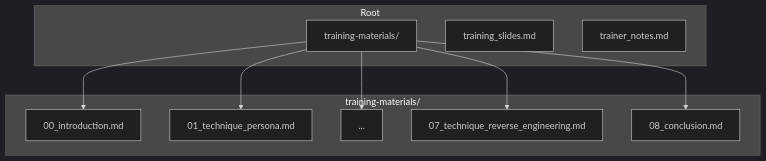
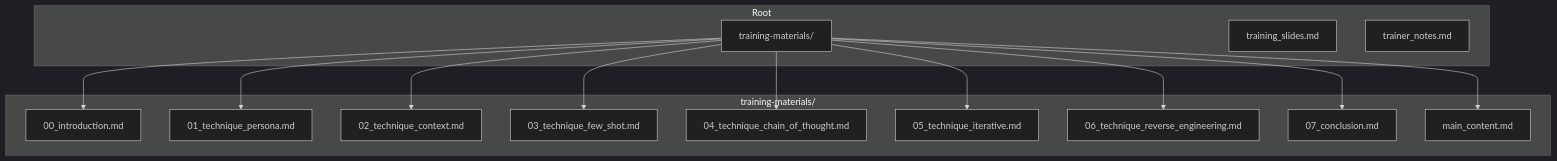
Before and after one commit to zahiruliman/llm-prompt-training: the second of 2 diagrams in memory-bank/systemPatterns.md, drawn with Mermaid (dark theme). The commit also changed other lines of this file and 12 other files, not shown here.

````diff
--- a/memory-bank/systemPatterns.md
+++ b/memory-bank/systemPatterns.md
@@ -42,22 +42,30 @@
 ```mermaid
 graph TD
     subgraph Root
         D["training-materials/"]
         S[training_slides.md]
         T[trainer_notes.md]
     end
 
     subgraph "training-materials/"
         M[00_introduction.md]
         T1[01_technique_persona.md]
-        T2[...]
-        T6[07_technique_reverse_engineering.md]
-        C[08_conclusion.md]
+        T2[02_technique_context.md]
+        T3[03_technique_few_shot.md]
+        T4[04_technique_chain_of_thought.md]
+        T5[05_technique_iterative.md]
+        T6[06_technique_reverse_engineering.md]
+        C[07_conclusion.md]
+        MC[main_content.md]
     end
 
     D --> M
     D --> T1
     D --> T2
+    D --> T3
+    D --> T4
+    D --> T5
     D --> T6
     D --> C
+    D --> MC
 ```
````
